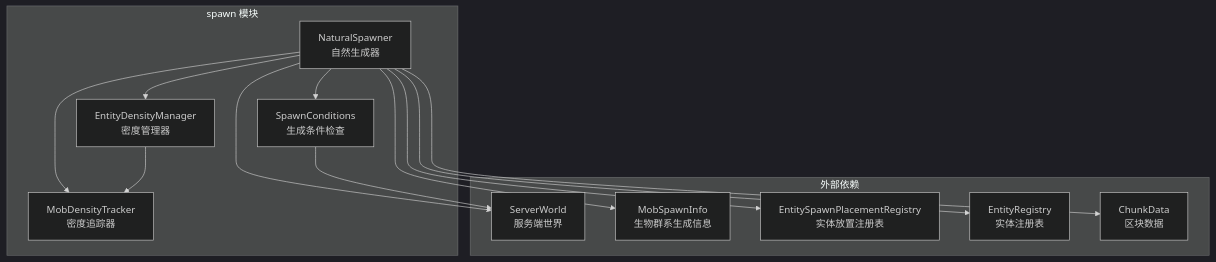
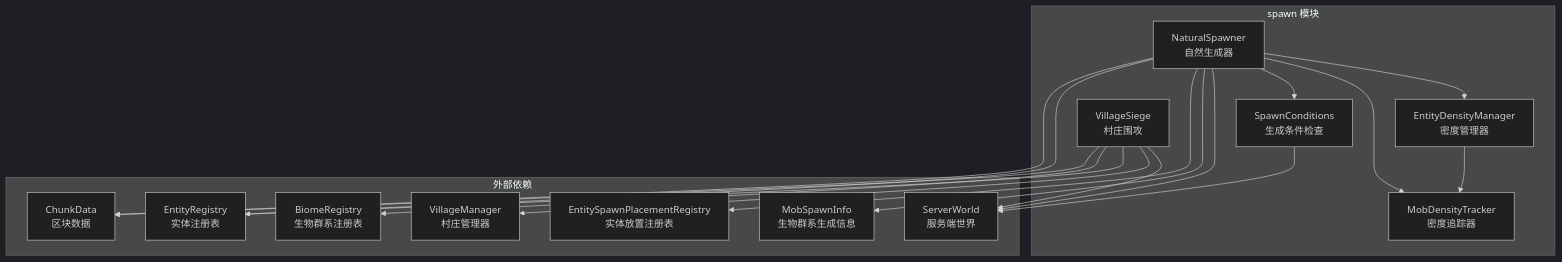
Before and after one commit to g122622/Cubium: the first of 2 diagrams in src/server/world/spawn/README.md, drawn with Mermaid (dark theme). The commit also changed other lines of this file and 2 other files, not shown here.

First line of the commit message:
feat(server): 实现 VillageSiege 蘑菇岛检测功能

````diff
--- a/src/server/world/spawn/README.md
+++ b/src/server/world/spawn/README.md
@@ -218,30 +305,39 @@
 ```mermaid
 flowchart TB
     subgraph spawn["spawn 模块"]
         NaturalSpawner["NaturalSpawner<br/>自然生成器"]
         EntityDensityManager["EntityDensityManager<br/>密度管理器"]
         MobDensityTracker["MobDensityTracker<br/>密度追踪器"]
         SpawnConditions["SpawnConditions<br/>生成条件检查"]
+        VillageSiege["VillageSiege<br/>村庄围攻"]
     end
 
     subgraph external["外部依赖"]
         ServerWorld["ServerWorld<br/>服务端世界"]
         MobSpawnInfo["MobSpawnInfo<br/>生物群系生成信息"]
         EntitySpawnPlacementRegistry["EntitySpawnPlacementRegistry<br/>实体放置注册表"]
         EntityRegistry["EntityRegistry<br/>实体注册表"]
         ChunkData["ChunkData<br/>区块数据"]
+        VillageManager["VillageManager<br/>村庄管理器"]
+        BiomeRegistry["BiomeRegistry<br/>生物群系注册表"]
     end
 
     NaturalSpawner --> EntityDensityManager
     NaturalSpawner --> MobDensityTracker
     NaturalSpawner --> SpawnConditions
     EntityDensityManager --> MobDensityTracker
 
     NaturalSpawner --> ServerWorld
     NaturalSpawner --> MobSpawnInfo
     NaturalSpawner --> EntitySpawnPlacementRegistry
     NaturalSpawner --> EntityRegistry
     NaturalSpawner --> ChunkData
 
     SpawnConditions --> ServerWorld
+
+    VillageSiege --> ServerWorld
+    VillageSiege --> VillageManager
+    VillageSiege --> EntityRegistry
+    VillageSiege --> BiomeRegistry
+    VillageSiege --> ChunkData
 ```
````
